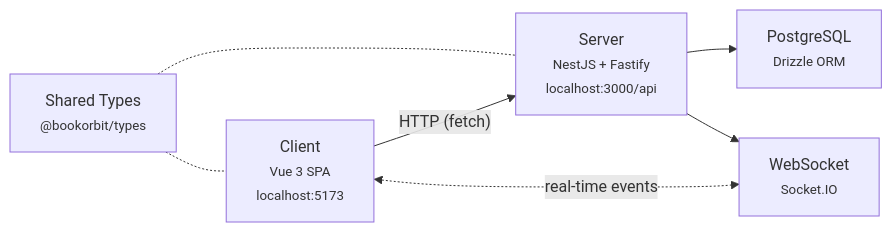
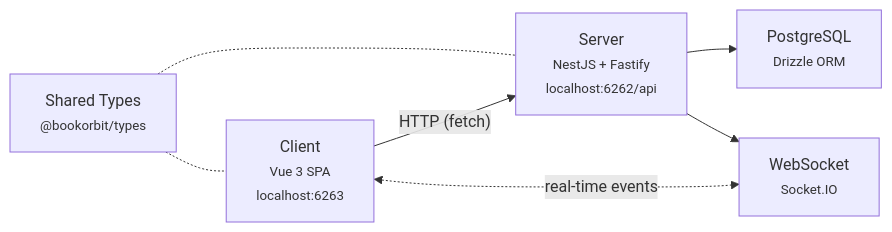
Before and after one commit to ahmed-mohamed01/bookorbit: the diagram in docs/DEVELOPMENT.md, drawn with Mermaid. The commit also changed other lines of this file and 34 other files, not shown here.

````diff
--- a/docs/DEVELOPMENT.md
+++ b/docs/DEVELOPMENT.md
@@ -13,15 +13,15 @@
 ```mermaid
 graph LR
-    Client["Client<br/><small>Vue 3 SPA</small><br/><small>localhost:5173</small>"]
-    Server["Server<br/><small>NestJS + Fastify</small><br/><small>localhost:3000/api</small>"]
+    Client["Client<br/><small>Vue 3 SPA</small><br/><small>localhost:6263</small>"]
+    Server["Server<br/><small>NestJS + Fastify</small><br/><small>localhost:6262/api</small>"]
     DB["PostgreSQL<br/><small>Drizzle ORM</small>"]
     WS["WebSocket<br/><small>Socket.IO</small>"]
     Types["Shared Types<br/><small>@bookorbit/types</small>"]
 
     Client -- "HTTP (fetch)" --> Server
     Client <-. "real-time events" .-> WS
     Server --> DB
     Server --> WS
     Types -.- Client
     Types -.- Server
 ```
````
